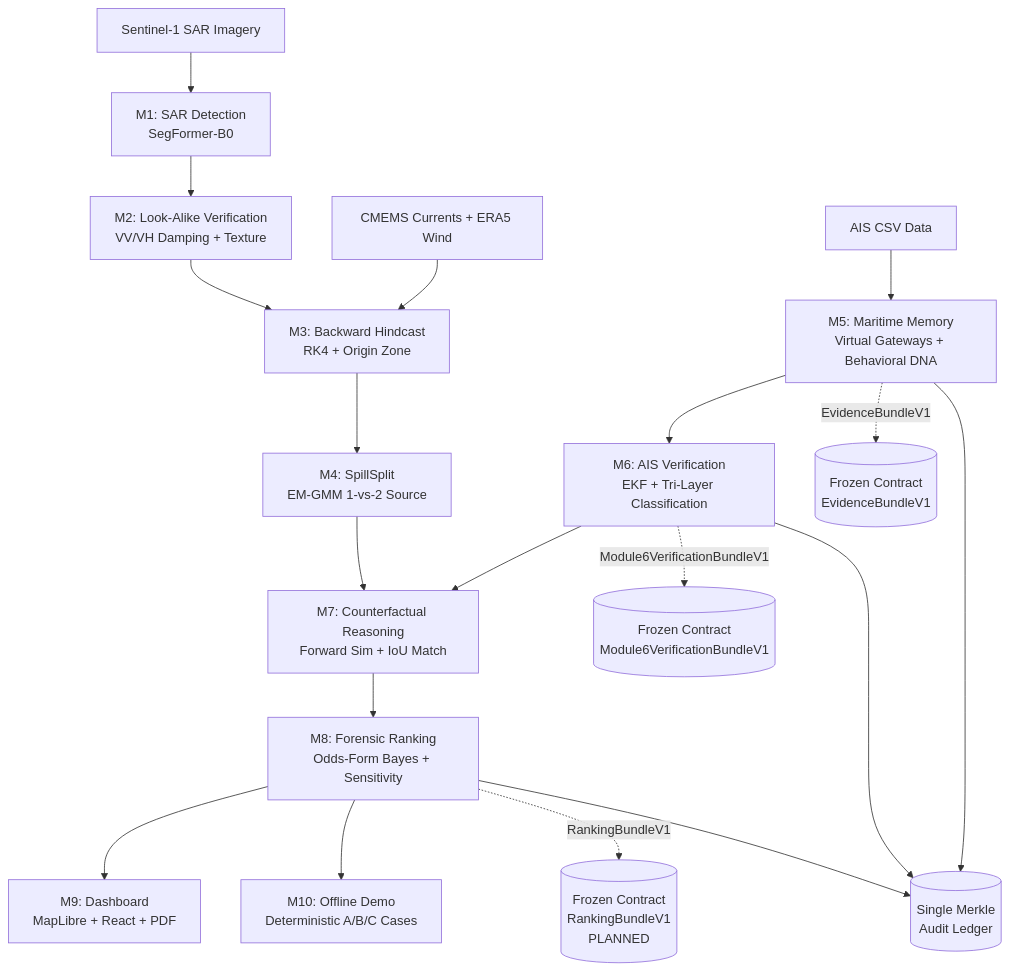
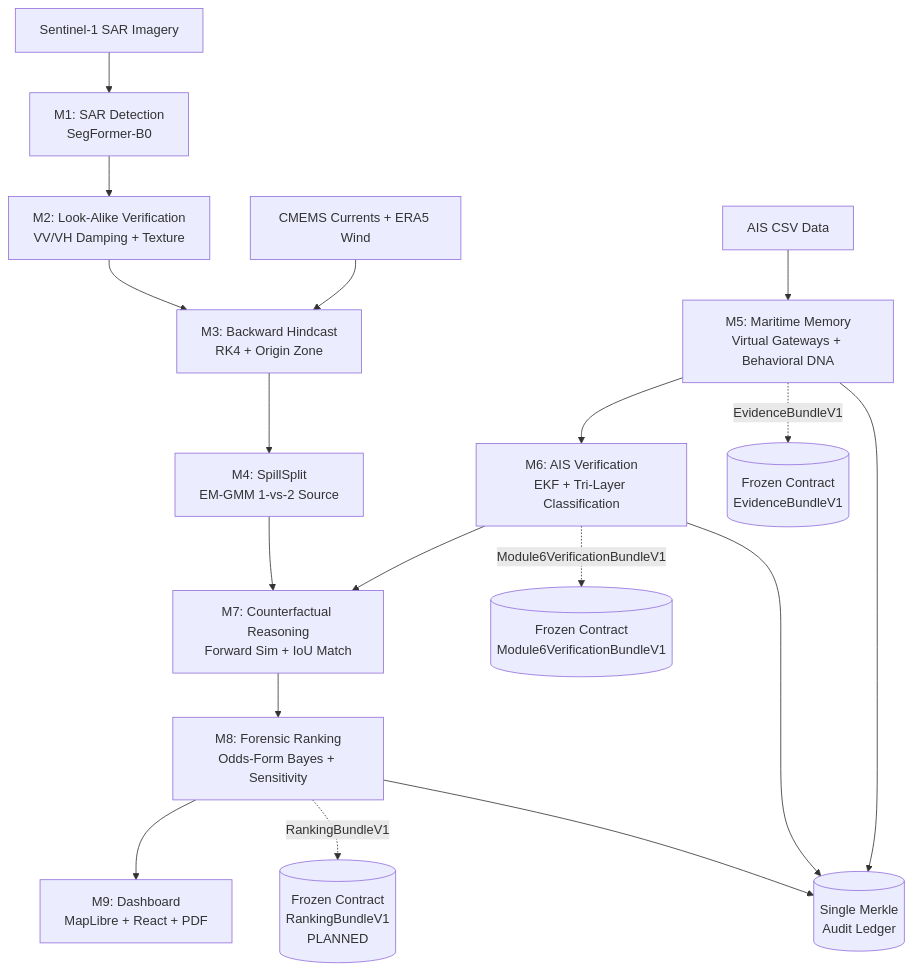
One commit to Hiran-Antony/Occuris-143 changed the diagram in README.md. Above: the diagram before and after it, drawn with Mermaid. The commit also changed other lines of this file and 3 other files, not shown here.

````diff
--- a/README.md
+++ b/README.md
@@ -23,29 +23,28 @@
 ```mermaid
 flowchart TD
     %% Data Sources
     SAR[Sentinel-1 SAR Imagery] --> M1
     AIS[AIS CSV Data] --> M5
     ENV[CMEMS Currents + ERA5 Wind] --> M3
 
     %% Module Chain
     M1[M1: SAR Detection<br/>SegFormer-B0] --> M2[M2: Look-Alike Verification<br/>VV/VH Damping + Texture]
     M2 --> M3[M3: Backward Hindcast<br/>RK4 + Origin Zone]
     M3 --> M4[M4: SpillSplit<br/>EM-GMM 1-vs-2 Source]
     
     M5[M5: Maritime Memory<br/>Virtual Gateways + Behavioral DNA] --> M6
     M6[M6: AIS Verification<br/>EKF + Tri-Layer Classification] --> M7
     
     M4 --> M7[M7: Counterfactual Reasoning<br/>Forward Sim + IoU Match]
     M7 --> M8[M8: Forensic Ranking<br/>Odds-Form Bayes + Sensitivity]
     
     M8 --> M9[M9: Dashboard<br/>MapLibre + React + PDF]
-    M8 --> M10[M10: Offline Demo<br/>Deterministic A/B/C Cases]
 
     %% Frozen Contracts
     M5 -.->|EvidenceBundleV1| CONTRACT1[(Frozen Contract<br/>EvidenceBundleV1)]
     M6 -.->|Module6VerificationBundleV1| CONTRACT2[(Frozen Contract<br/>Module6VerificationBundleV1)]
     M8 -.->|RankingBundleV1| CONTRACT3[(Frozen Contract<br/>RankingBundleV1<br/>PLANNED)]
     
     %% Ledger
     M5 & M6 & M8 --> LEDGER[(Single Merkle<br/>Audit Ledger)]
 ```
````
